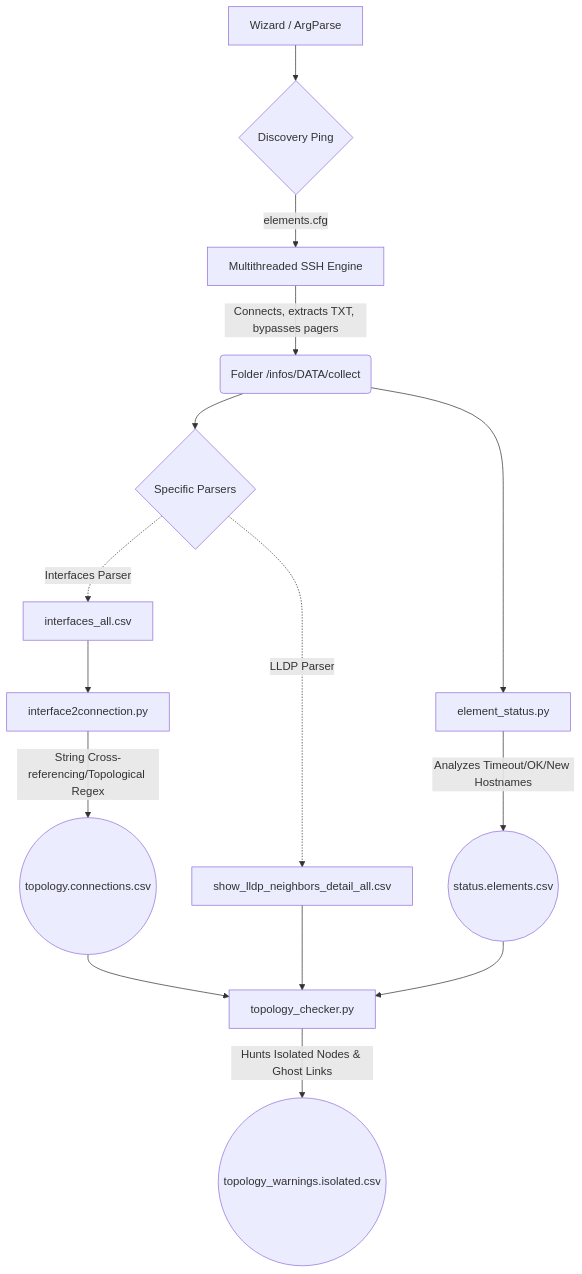
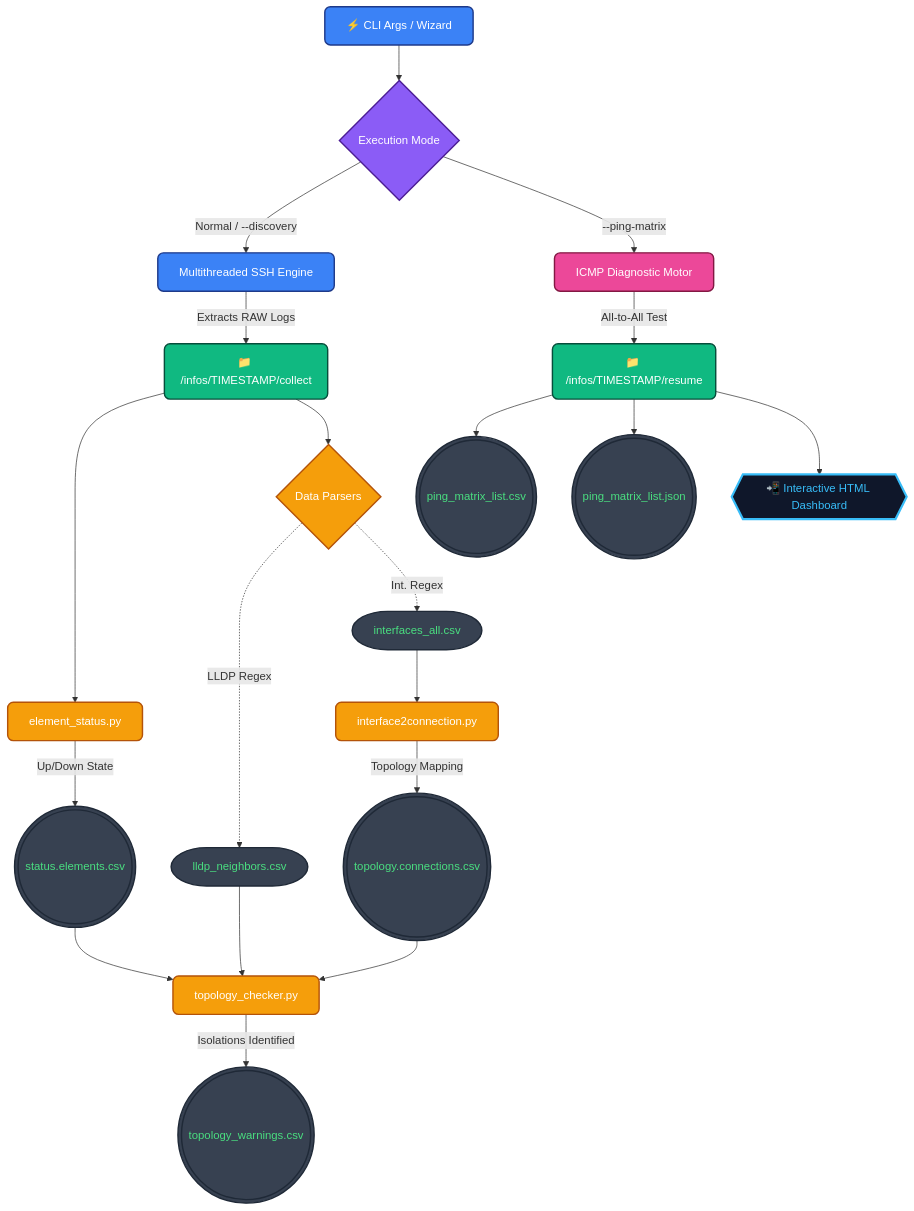
One commit to flashbsb/network-data-extractor changed the diagram in README.md. Above: the diagram before and after it, drawn with Mermaid. The commit also changed other lines of this file and 1 other file, not shown here.

Commit message:
Version 1.41.0

````diff
--- a/README.md
+++ b/README.md
@@ -26,21 +26,40 @@
 ```mermaid
 graph TD
-    A[Wizard / ArgParse] --> B{Discovery Ping}
-    B -->|elements.cfg| C[Multithreaded SSH Engine]
-    C -->|Connects, extracts TXT, bypasses pagers| D(Folder /infos/DATA/collect)
+    %% Styling Definitions
+    classDef mainEngine fill:#3b82f6,stroke:#1e3a8a,stroke-width:2px,color:#fff,rx:8px,ry:8px;
+    classDef branch fill:#8b5cf6,stroke:#4c1d95,stroke-width:2px,color:#fff,rx:8px,ry:8px;
+    classDef module fill:#f59e0b,stroke:#b45309,stroke-width:2px,color:#fff,rx:8px,ry:8px;
+    classDef pingmod fill:#ec4899,stroke:#831843,stroke-width:2px,color:#fff,rx:8px,ry:8px;
+    classDef folder fill:#10b981,stroke:#064e3b,stroke-width:2px,color:#fff,rx:8px,ry:8px;
+    classDef csvout fill:#374151,stroke:#1f2937,stroke-width:2px,color:#4ade80,rx:50px,ry:50px;
+    classDef htmldash fill:#0f172a,stroke:#38bdf8,stroke-width:3px,color:#38bdf8,rx:5px,ry:5px;
+
+    %% Entry
+    A[⚡ CLI Args / Wizard]:::mainEngine --> B{Execution Mode}:::branch
     
-    D --> E[element_status.py]
-    E -->|Analyzes Timeout/OK/New Hostnames| F((status.elements.csv))
+    %% Branch 1: Normal Extraction
+    B -->|Normal / --discovery| C[Multithreaded SSH Engine]:::mainEngine
+    C -->|Extracts RAW Logs| D(📁 /infos/TIMESTAMP/collect):::folder
     
-    D --> G{Specific Parsers}
-    G -.->|LLDP Parser| H[show_lldp_neighbors_detail_all.csv]
-    G -.->|Interfaces Parser| I[interfaces_all.csv]
+    D --> E[element_status.py]:::module
+    E -->|Up/Down State| F(((status.elements.csv))):::csvout
     
-    I --> J[interface2connection.py]
-    J -->|String Cross-referencing/Topological Regex| K((topology.connections.csv))
+    D --> G{Data Parsers}:::module
+    G -.->|LLDP Regex| H[lldp_neighbors.csv]:::csvout
+    G -.->|Int. Regex| I[interfaces_all.csv]:::csvout
     
-    K --> L[topology_checker.py]
+    I --> J[interface2connection.py]:::module
+    J -->|Topology Mapping| K(((topology.connections.csv))):::csvout
+    
+    K --> L[topology_checker.py]:::module
     H --> L
     F --> L
-    L -->|Hunts Isolated Nodes & Ghost Links| M((topology_warnings.isolated.csv))
+    L -->|Isolations Identified| M(((topology_warnings.csv))):::csvout
+
+    %% Branch 2: Ping Matrix
+    B -->|--ping-matrix| P[ICMP Diagnostic Motor]:::pingmod
+    P -->|All-to-All Test| Q(📁 /infos/TIMESTAMP/resume):::folder
+    Q --> R(((ping_matrix_list.csv))):::csvout
+    Q --> S(((ping_matrix_list.json))):::csvout
+    Q --> T{{📲 Interactive HTML Dashboard}}:::htmldash
 ```
````
